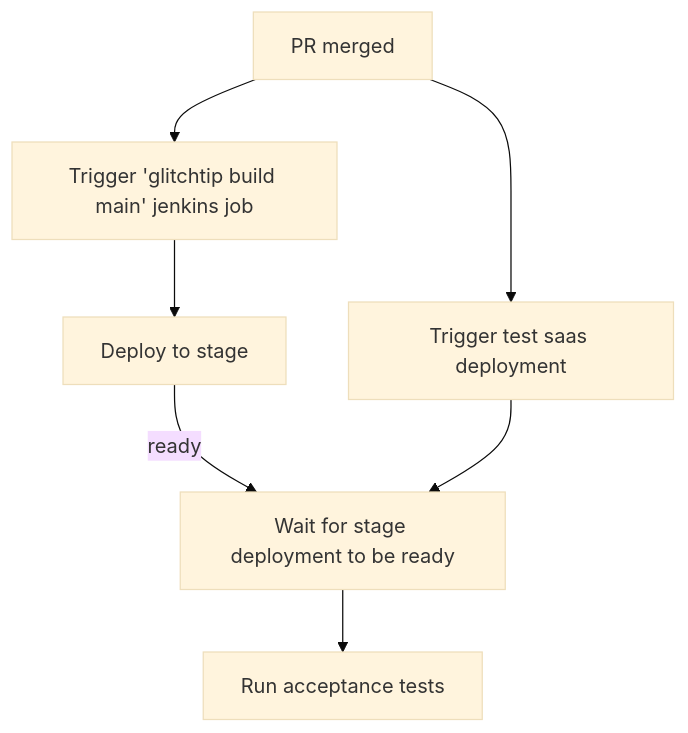
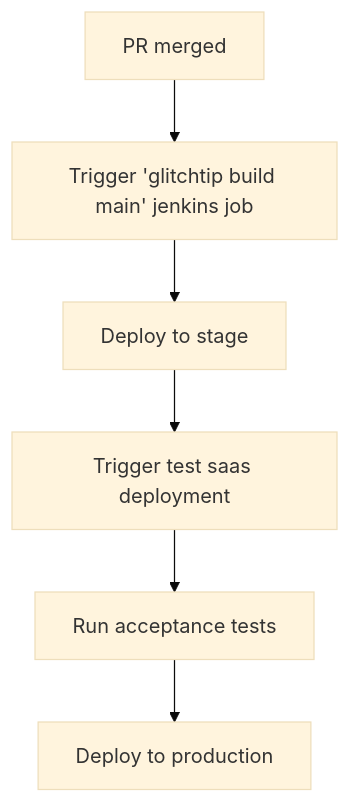
One commit to coleenquadros/configuration changed the diagram in docs/glitchtip/architecture/architecture.md. Above: the diagram before and after it, drawn with Mermaid (base theme).

Commit message:
[glitchtip] fix cicd flow

````diff
--- a/docs/glitchtip/architecture/architecture.md
+++ b/docs/glitchtip/architecture/architecture.md
@@ -14,9 +14,8 @@
 ```mermaid
 flowchart TD
     A[PR merged] --> B[Trigger 'glitchtip build main' jenkins job]
     B --> C[Deploy to stage]
-    A --> D[Trigger test saas deployment]
-    C -->|ready| E[Wait for stage deployment to be ready]
-    D --> E
-    E --> F[Run acceptance tests]
+    C --> D[Trigger test saas deployment]
+    D --> F[Run acceptance tests]
+    F --> G[Deploy to production]
 ```
````
